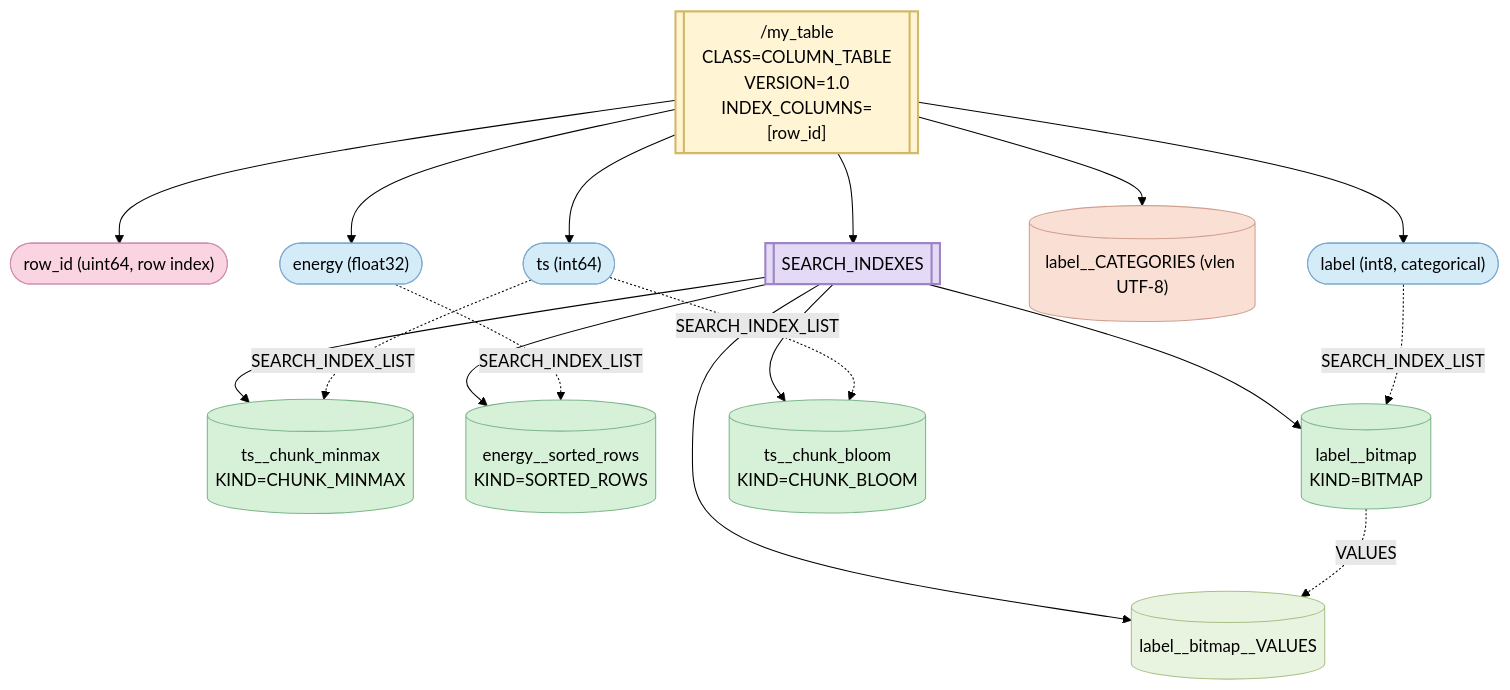
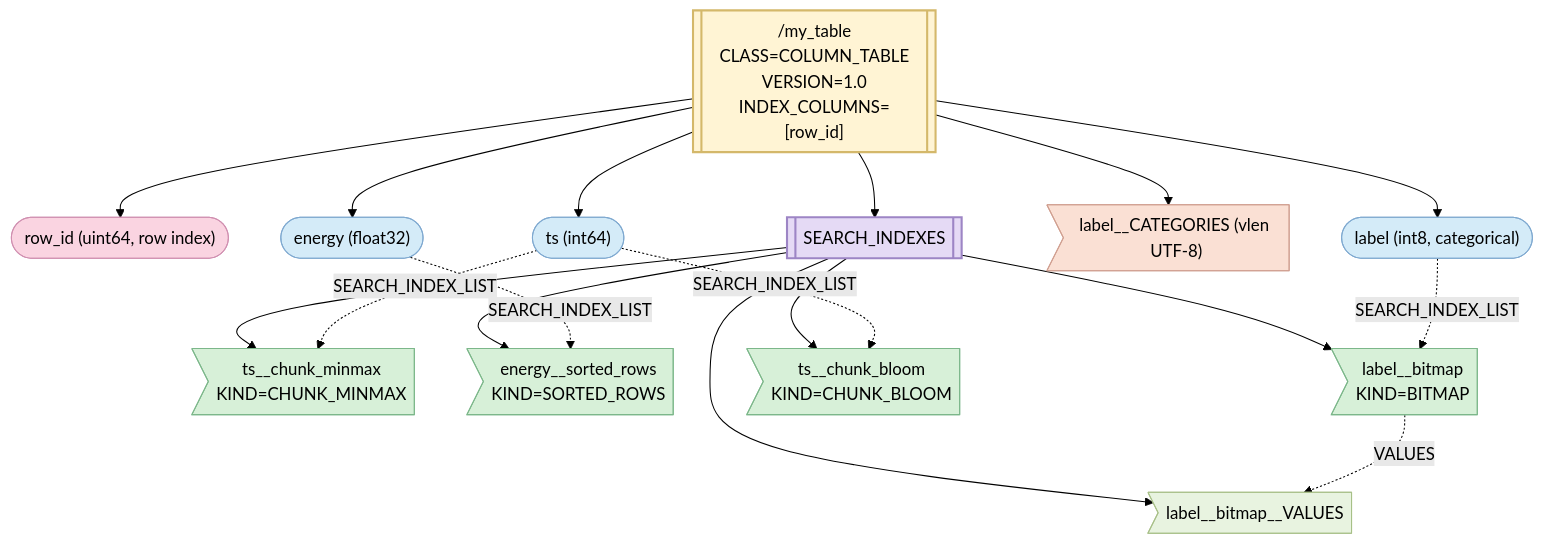
The eighth of 8 diagrams in HEP001/index.md (HDFAlliance/heps), drawn with Mermaid (forest theme) before and after one commit. The commit also changed other lines of this file, not shown here.

````diff
--- a/HEP001/index.md
+++ b/HEP001/index.md
@@ -1358,36 +1362,36 @@
 ```{mermaid}
 graph TD
   TG[["/my_table<br/>CLASS=COLUMN_TABLE<br/>VERSION=1.0<br/>INDEX_COLUMNS=[row_id]"]]
   TG --> ri(["row_id (uint64, row index)"])
   TG --> ts(["ts (int64)"])
   TG --> en(["energy (float32)"])
   TG --> lb(["label (int8, categorical)"])
-  TG --> lc[("label__CATEGORIES (vlen UTF-8)")]
+  TG --> lc>"label__CATEGORIES (vlen UTF-8)"]
   TG --> SI[["SEARCH_INDEXES"]]
-  SI --> mm[("ts__chunk_minmax<br/>KIND=CHUNK_MINMAX")]
-  SI --> sr[("energy__sorted_rows<br/>KIND=SORTED_ROWS")]
-  SI --> bm[("label__bitmap<br/>KIND=BITMAP")]
-  SI --> bv[("label__bitmap__VALUES")]
-  SI --> bf[("ts__chunk_bloom<br/>KIND=CHUNK_BLOOM")]
+  SI --> mm>"ts__chunk_minmax<br/>KIND=CHUNK_MINMAX"]
+  SI --> sr>"energy__sorted_rows<br/>KIND=SORTED_ROWS"]
+  SI --> bm>"label__bitmap<br/>KIND=BITMAP"]
+  SI --> bv>"label__bitmap__VALUES"]
+  SI --> bf>"ts__chunk_bloom<br/>KIND=CHUNK_BLOOM"]
   ts -.->|"SEARCH_INDEX_LIST"| mm
   ts -.->|"SEARCH_INDEX_LIST"| bf
   en -.->|"SEARCH_INDEX_LIST"| sr
   lb -.->|"SEARCH_INDEX_LIST"| bm
   bm -.->|"VALUES"| bv
 
   classDef tableGroup fill:#FFF4D4,stroke:#D4B86A,stroke-width:2px,color:#000
   classDef siGroup    fill:#E5DAF5,stroke:#9D85C5,stroke-width:2px,color:#000
   classDef dataCol    fill:#D4EBF8,stroke:#7FA9D0,stroke-width:1px,color:#000
   classDef indexCol   fill:#FAD4E1,stroke:#D08FB0,stroke-width:1px,color:#000
   classDef catData    fill:#FAE0D4,stroke:#D09F90,stroke-width:1px,color:#000
   classDef siData     fill:#D7F0D8,stroke:#7CB78A,stroke-width:1px,color:#000
   classDef siValues   fill:#E8F3E0,stroke:#A8C088,stroke-width:1px,color:#000
 
   class TG tableGroup
   class SI siGroup
   class ri indexCol
   class ts,en,lb dataCol
   class lc catData
   class mm,sr,bm,bf siData
   class bv siValues
 ```
````
